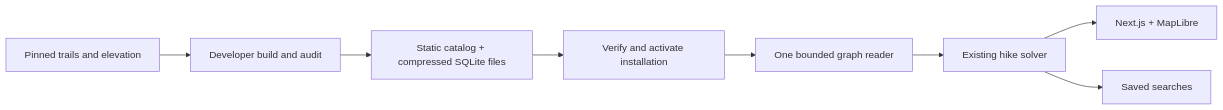
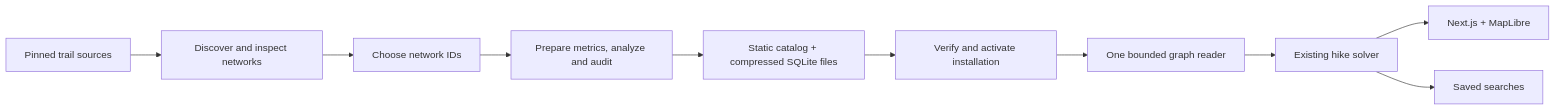
Before and after one commit to heddayam/alpine-loop: the diagram in README.md, drawn with Mermaid. The commit also changed other lines of this file and 24 other files, not shown here.

````diff
--- a/README.md
+++ b/README.md
@@ -184,10 +186,12 @@
 ```mermaid
 flowchart LR
-    Sources["Pinned trails and elevation"] --> Builder["Developer build and audit"]
+    Sources["Pinned trail sources"] --> Discovery["Discover and inspect networks"]
+    Discovery --> Selection["Choose network IDs"]
+    Selection --> Builder["Prepare metrics, analyze and audit"]
     Builder --> Release["Static catalog + compressed SQLite files"]
     Release --> Download["Verify and activate installation"]
     Download --> Reader["One bounded graph reader"]
     Reader --> Solver["Existing hike solver"]
     Solver --> Map["Next.js + MapLibre"]
     Solver --> Jobs["Saved searches"]
 ```
````
